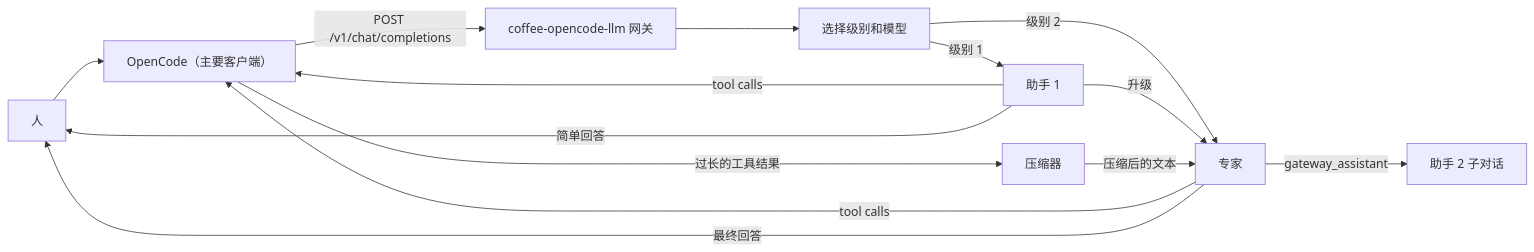
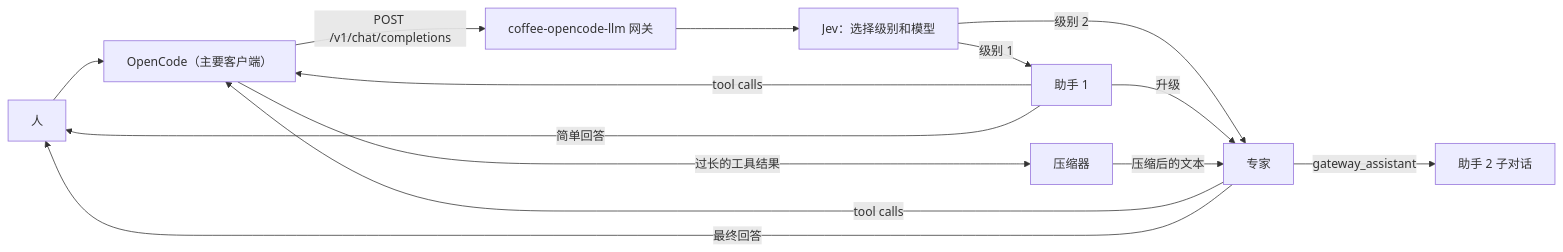
One commit to coffeebreak-ai/coffee-opencode-llm changed the first of 2 diagrams in README.zh-cn.md. Above: the diagram before and after it, drawn with Mermaid. The commit also changed other lines of this file and 25 other files, not shown here.

First line of the commit message:
chore: drop the Python prototype, name Jev in the diagrams

````diff
--- a/README.zh-cn.md
+++ b/README.zh-cn.md
@@ -18,16 +18,16 @@
 ```mermaid
 flowchart LR
     human["人"] --> oc["OpenCode（主要客户端）"]
     oc -->|"POST /v1/chat/completions"| gw["coffee-opencode-llm 网关"]
-    gw --> decide["选择级别和模型"]
+    gw --> decide["Jev：选择级别和模型"]
     decide -->|"级别 1"| asst["助手 1"]
     decide -->|"级别 2"| expert["专家"]
     asst -->|"升级"| expert
     expert -->|"gateway_assistant"| helper["助手 2 子对话"]
     asst -->|"tool calls"| oc
     expert -->|"tool calls"| oc
     oc -->|"过长的工具结果"| deflator["压缩器"]
     deflator -->|"压缩后的文本"| expert
     asst -->|"简单回答"| human
     expert -->|"最终回答"| human
 ```
````
